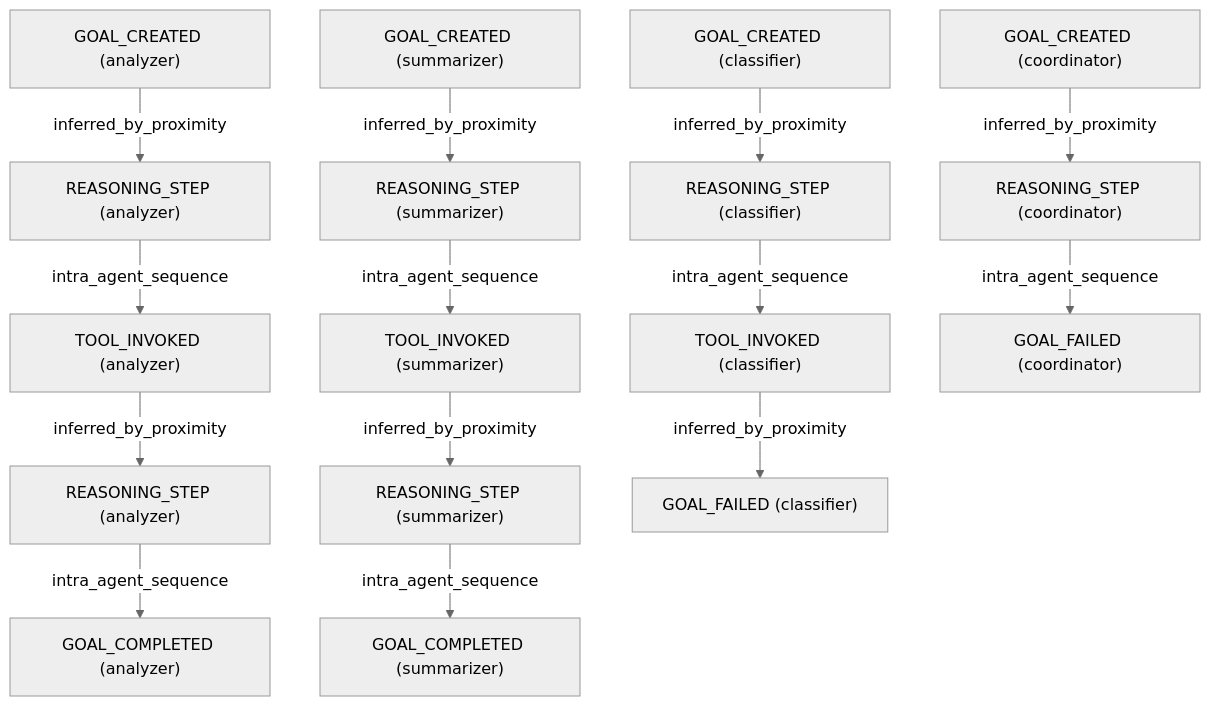
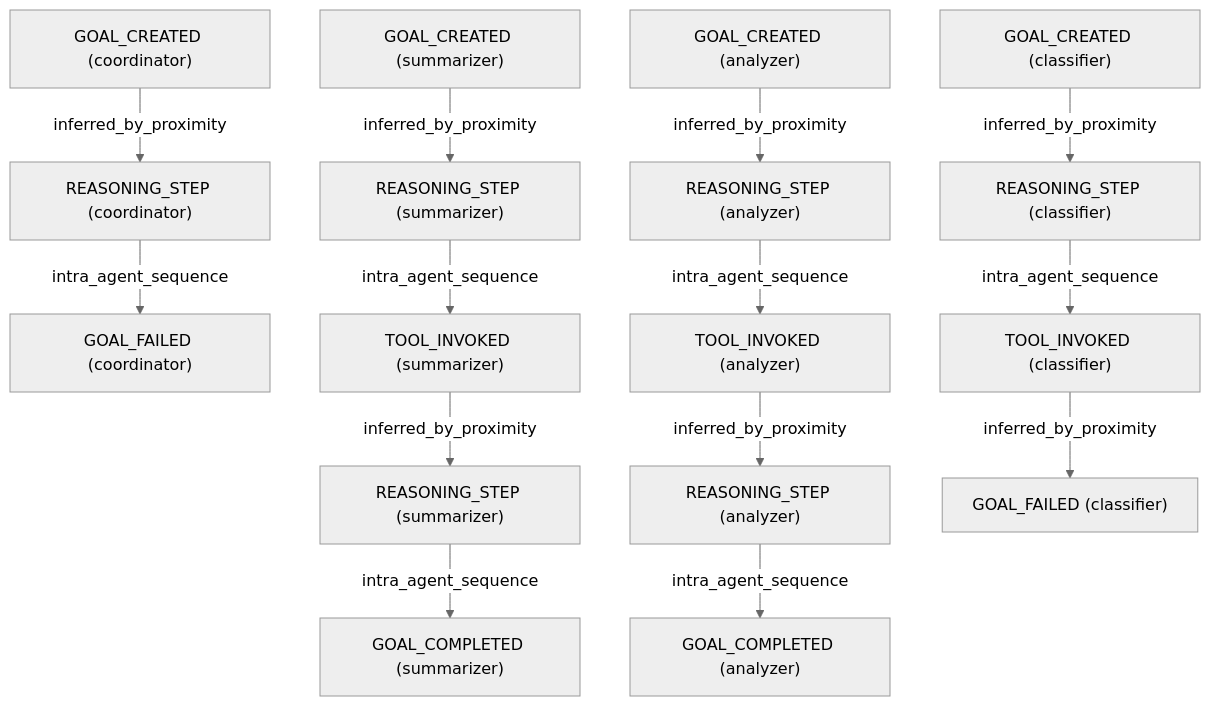
One commit to miltzhaw/langraph_playground changed the diagram in realistic_dag.md. Above: the diagram before and after it, drawn with Mermaid (neutral theme). The commit also changed 5 other files, not shown here.

Commit message:
updated graphics

````diff
--- a/realistic_dag.md
+++ b/realistic_dag.md
@@ -1,42 +1,42 @@
 ```mermaid
 graph TD
-    25c952dc["GOAL_CREATED (coordinator)"]
-    b86b032d["REASONING_STEP (coordinator)"]
-    25c952dc -->|inferred_by_proximity| b86b032d
-    0ceb2779["TOOL_INVOKED (summarizer)"]
-    0356e671["REASONING_STEP (summarizer)"]
-    0ceb2779 -->|inferred_by_proximity| 0356e671
-    8d61eeb0["GOAL_CREATED (classifier)"]
-    d573cf25["REASONING_STEP (classifier)"]
-    8d61eeb0 -->|inferred_by_proximity| d573cf25
-    d573cf25["REASONING_STEP (classifier)"]
-    e5336976["TOOL_INVOKED (classifier)"]
-    d573cf25 -->|intra_agent_sequence| e5336976
-    f94db23b["REASONING_STEP (summarizer)"]
-    0ceb2779["TOOL_INVOKED (summarizer)"]
-    f94db23b -->|intra_agent_sequence| 0ceb2779
-    a054011e["REASONING_STEP (analyzer)"]
-    c685de26["TOOL_INVOKED (analyzer)"]
-    a054011e -->|intra_agent_sequence| c685de26
-    ec7bc6ba["GOAL_CREATED (analyzer)"]
-    a054011e["REASONING_STEP (analyzer)"]
-    ec7bc6ba -->|inferred_by_proximity| a054011e
-    c685de26["TOOL_INVOKED (analyzer)"]
-    3bcfeee7["REASONING_STEP (analyzer)"]
-    c685de26 -->|inferred_by_proximity| 3bcfeee7
-    e5336976["TOOL_INVOKED (classifier)"]
-    84d71364["GOAL_FAILED (classifier)"]
-    e5336976 -->|inferred_by_proximity| 84d71364
-    61b12ef6["GOAL_CREATED (summarizer)"]
-    f94db23b["REASONING_STEP (summarizer)"]
-    61b12ef6 -->|inferred_by_proximity| f94db23b
-    0356e671["REASONING_STEP (summarizer)"]
-    d6a0a703["GOAL_COMPLETED (summarizer)"]
-    0356e671 -->|intra_agent_sequence| d6a0a703
-    3bcfeee7["REASONING_STEP (analyzer)"]
-    2e194ffc["GOAL_COMPLETED (analyzer)"]
-    3bcfeee7 -->|intra_agent_sequence| 2e194ffc
-    b86b032d["REASONING_STEP (coordinator)"]
-    f1bae972["GOAL_FAILED (coordinator)"]
-    b86b032d -->|intra_agent_sequence| f1bae972
+    a937daa9["REASONING_STEP (coordinator)"]
+    eaa811b7["GOAL_FAILED (coordinator)"]
+    a937daa9 -->|intra_agent_sequence| eaa811b7
+    17c6f78f["GOAL_CREATED (classifier)"]
+    602658b3["REASONING_STEP (classifier)"]
+    17c6f78f -->|inferred_by_proximity| 602658b3
+    0f2505ce["REASONING_STEP (analyzer)"]
+    b7ba7ab9["TOOL_INVOKED (analyzer)"]
+    0f2505ce -->|intra_agent_sequence| b7ba7ab9
+    843bff17["REASONING_STEP (analyzer)"]
+    2f271689["GOAL_COMPLETED (analyzer)"]
+    843bff17 -->|intra_agent_sequence| 2f271689
+    1086794b["TOOL_INVOKED (summarizer)"]
+    50608bed["REASONING_STEP (summarizer)"]
+    1086794b -->|inferred_by_proximity| 50608bed
+    50608bed["REASONING_STEP (summarizer)"]
+    26706845["GOAL_COMPLETED (summarizer)"]
+    50608bed -->|intra_agent_sequence| 26706845
+    2fbecda8["TOOL_INVOKED (classifier)"]
+    b470befb["GOAL_FAILED (classifier)"]
+    2fbecda8 -->|inferred_by_proximity| b470befb
+    820e8bb4["REASONING_STEP (summarizer)"]
+    1086794b["TOOL_INVOKED (summarizer)"]
+    820e8bb4 -->|intra_agent_sequence| 1086794b
+    5969a2f7["GOAL_CREATED (summarizer)"]
+    820e8bb4["REASONING_STEP (summarizer)"]
+    5969a2f7 -->|inferred_by_proximity| 820e8bb4
+    713e6885["GOAL_CREATED (analyzer)"]
+    0f2505ce["REASONING_STEP (analyzer)"]
+    713e6885 -->|inferred_by_proximity| 0f2505ce
+    b7ba7ab9["TOOL_INVOKED (analyzer)"]
+    843bff17["REASONING_STEP (analyzer)"]
+    b7ba7ab9 -->|inferred_by_proximity| 843bff17
+    14103914["GOAL_CREATED (coordinator)"]
+    a937daa9["REASONING_STEP (coordinator)"]
+    14103914 -->|inferred_by_proximity| a937daa9
+    602658b3["REASONING_STEP (classifier)"]
+    2fbecda8["TOOL_INVOKED (classifier)"]
+    602658b3 -->|intra_agent_sequence| 2fbecda8
 ```
````
